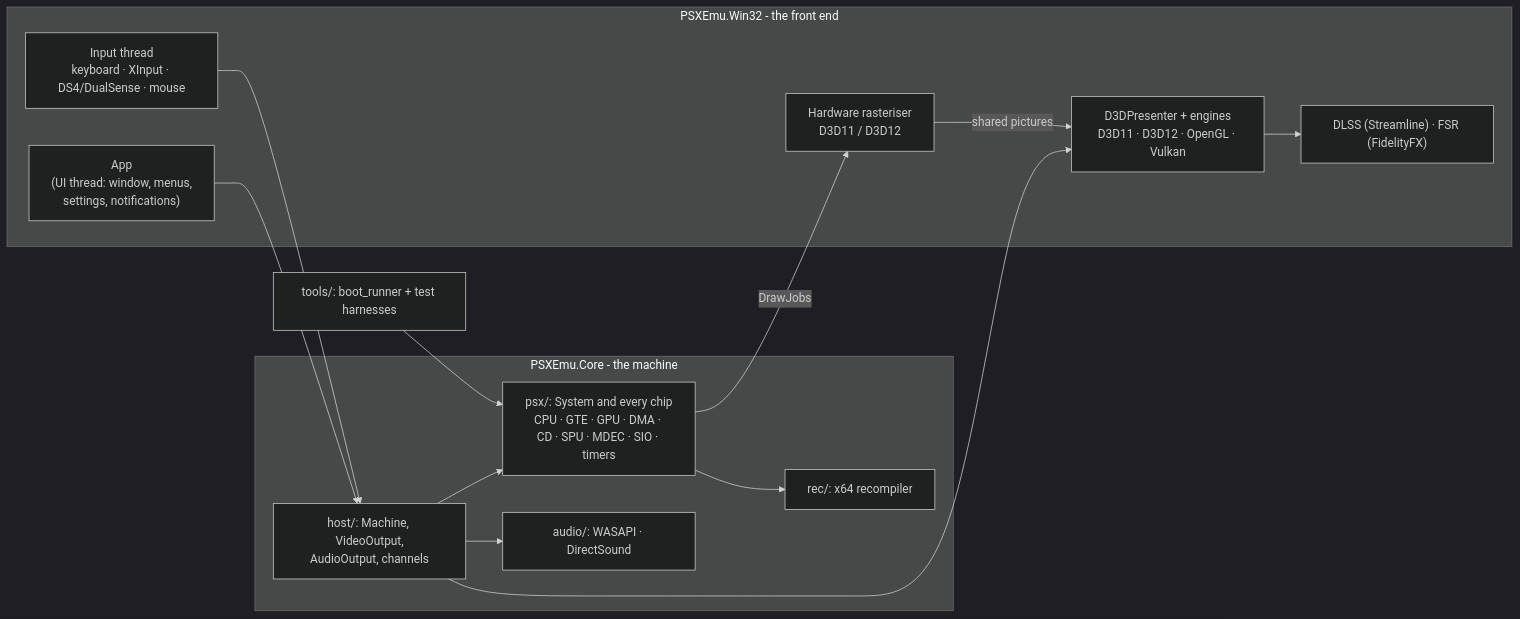
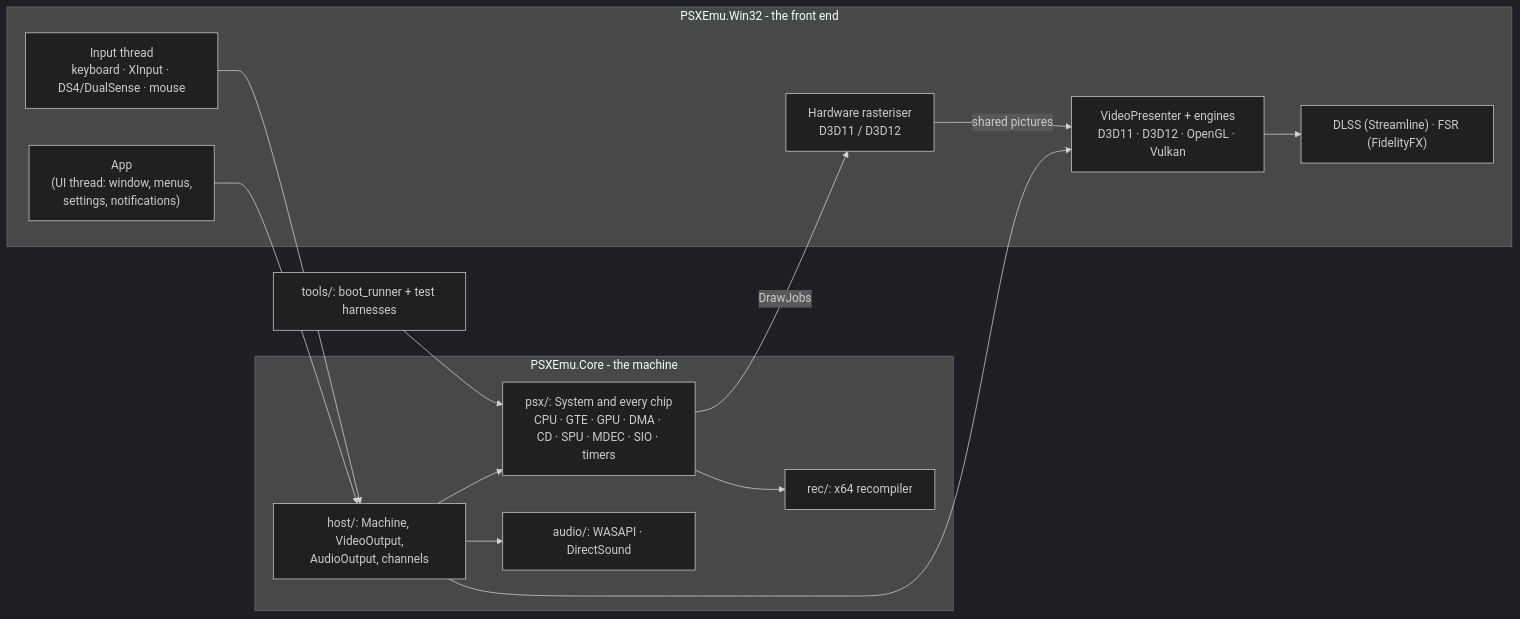
The first of 5 diagrams in Docs/Architecture.md (Noplace/PsxEmu), drawn with Mermaid (dark theme) before and after one commit. The commit also changed other lines of this file and 150 other files, not shown here.

First line of the commit message:
Restructure PSXEmu.Win32/graphics by job, and name the engines alike

````diff
--- a/Docs/Architecture.md
+++ b/Docs/Architecture.md
@@ -57,27 +57,27 @@
 ```mermaid
 flowchart LR
   subgraph Win32["PSXEmu.Win32 - the front end"]
     App["App<br/>(UI thread: window, menus,<br/>settings, notifications)"]
-    Presenter["D3DPresenter + engines<br/>D3D11 · D3D12 · OpenGL · Vulkan"]
+    Presenter["VideoPresenter + engines<br/>D3D11 · D3D12 · OpenGL · Vulkan"]
     HWR["Hardware rasteriser<br/>D3D11 / D3D12"]
     Input["Input thread<br/>keyboard · XInput · DS4/DualSense · mouse"]
     Upscale["DLSS (Streamline) · FSR (FidelityFX)"]
   end
   subgraph Core["PSXEmu.Core - the machine"]
     Host["host/: Machine, VideoOutput,<br/>AudioOutput, channels"]
     PSX["psx/: System and every chip<br/>CPU · GTE · GPU · DMA · CD · SPU · MDEC · SIO · timers"]
     Rec["rec/: x64 recompiler"]
     Audio["audio/: WASAPI · DirectSound"]
   end
   Tools["tools/: boot_runner + test harnesses"]
   App --> Host
   Host --> PSX
   PSX --> Rec
   Host --> Audio
   Host --> Presenter
   PSX -- "DrawJobs" --> HWR
   HWR -- "shared pictures" --> Presenter
   Presenter --> Upscale
   Input --> Host
   Tools --> PSX
 ```
````
